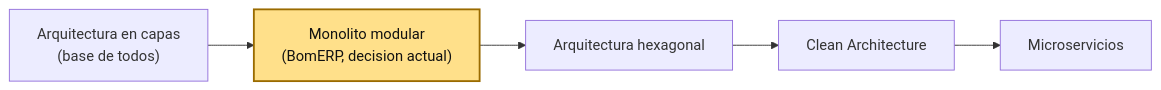
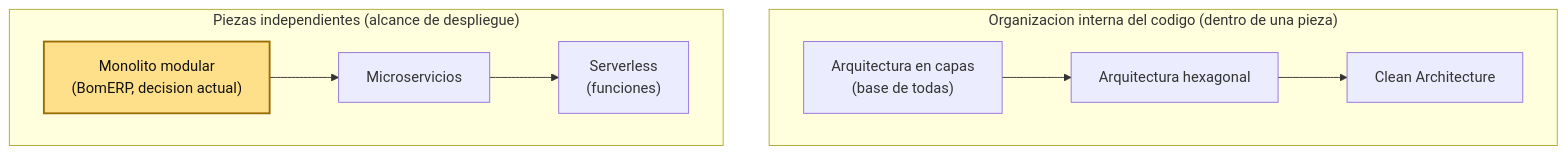
One commit to 262ciclo4/bomerp changed the third of 16 diagrams in docs/ads/sesiones/S04_Arquitecturas_Modernas.md. Above: the diagram before and after it, drawn with Mermaid. The commit also changed other lines of this file, not shown here.

````diff
--- a/docs/ads/sesiones/S04_Arquitecturas_Modernas.md
+++ b/docs/ads/sesiones/S04_Arquitecturas_Modernas.md
@@ -144,13 +146,14 @@
 ```mermaid
-flowchart LR
-    Capas["Arquitectura en capas<br/>(base de todos)"]
-    Mono["Monolito modular<br/>(BomERP, decision actual)"]
-    Hex["Arquitectura hexagonal"]
-    Clean["Clean Architecture"]
-    Micro["Microservicios"]
-
-    Capas --> Mono --> Hex --> Clean --> Micro
+flowchart TB
+    subgraph Organizacion["Organizacion interna del codigo (dentro de una pieza)"]
+        direction LR
+        Capas["Arquitectura en capas<br/>(base de todas)"] --> Hex["Arquitectura hexagonal"] --> Clean["Clean Architecture"]
+    end
+    subgraph Alcance["Piezas independientes (alcance de despliegue)"]
+        direction LR
+        Mono["Monolito modular<br/>(BomERP, decision actual)"] --> Micro["Microservicios"] --> Server["Serverless<br/>(funciones)"]
+    end
 
     classDef real fill:#ffe08a,stroke:#9a6b00,stroke-width:2px,color:#111;
     class Mono real;
 ```
````
